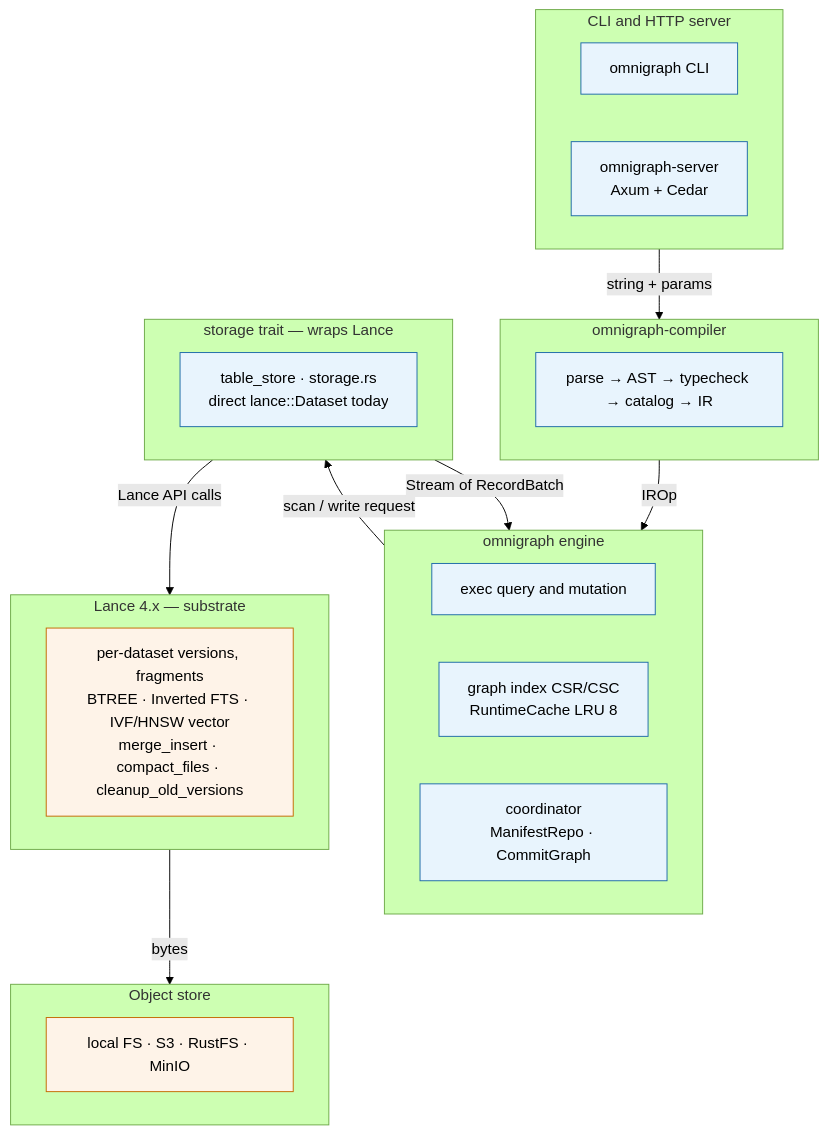
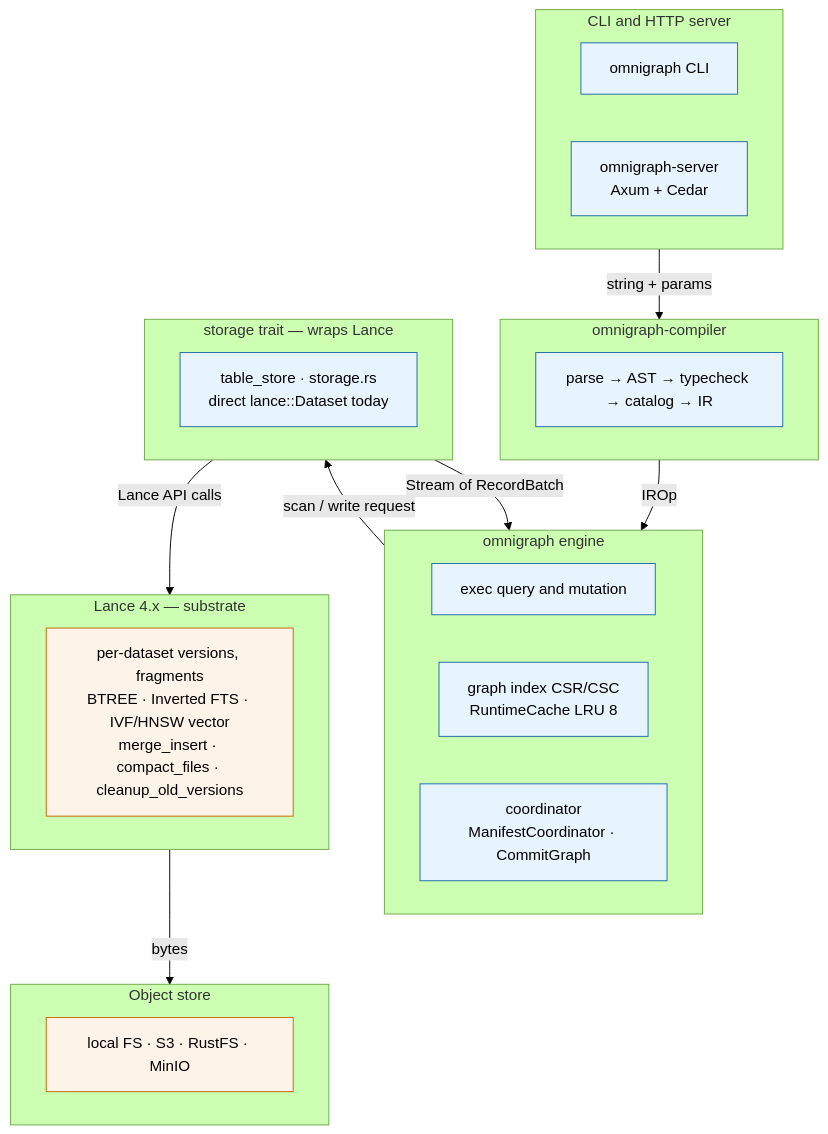
The second of 7 diagrams in docs/dev/architecture.md (ModernRelay/omnigraph), drawn with Mermaid (forest theme) before and after one commit. The commit also changed other lines of this file and 62 other files, not shown here.

Commit message:
Rename repo terminology to graph

````diff
--- a/docs/dev/architecture.md
+++ b/docs/dev/architecture.md
@@ -49,39 +49,39 @@
 ```mermaid
 flowchart TB
     classDef l2 fill:#e8f4fd,stroke:#1e6aa8,color:#000
     classDef l1 fill:#fef3e8,stroke:#c46900,color:#000
 
     subgraph CLIs[CLI and HTTP server]
         cli[omnigraph CLI]:::l2
         srv[omnigraph-server<br/>Axum + Cedar]:::l2
     end
 
     subgraph compiler[omnigraph-compiler]
         front[parse → AST → typecheck → catalog → IR]:::l2
     end
 
     subgraph engine[omnigraph engine]
         plan[exec query and mutation]:::l2
         gi[graph index CSR/CSC<br/>RuntimeCache LRU 8]:::l2
-        coord[coordinator<br/>ManifestRepo · CommitGraph]:::l2
+        coord[coordinator<br/>ManifestCoordinator · CommitGraph]:::l2
     end
 
     subgraph storage[storage trait — wraps Lance]
         ts[table_store · storage.rs<br/>direct lance::Dataset today]:::l2
     end
 
     subgraph lance_layer[Lance 4.x — substrate]
         lance[per-dataset versions, fragments<br/>BTREE · Inverted FTS · IVF/HNSW vector<br/>merge_insert · compact_files · cleanup_old_versions]:::l1
     end
 
     subgraph object_store[Object store]
         os[local FS · S3 · RustFS · MinIO]:::l1
     end
 
     CLIs -- "string + params" --> compiler
     compiler -- IROp --> engine
     engine -- "scan / write request" --> storage
     storage -- "Stream of RecordBatch" --> engine
     storage -- "Lance API calls" --> lance_layer
     lance_layer -- bytes --> object_store
 ```
````
